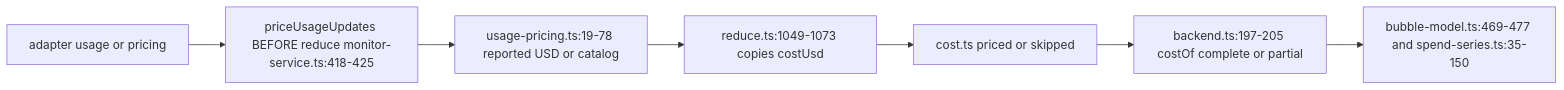
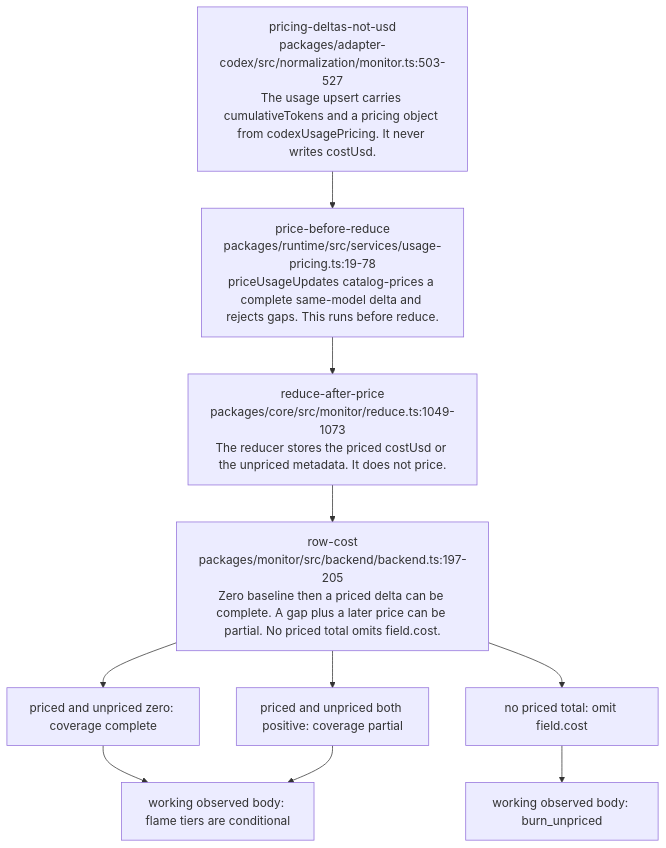
Before and after one commit to vibefield/puppeteer: the diagram in audit/godview/evidence/codex/cost.series.stepMs.mmd, drawn with Mermaid. The commit also changed 746 other files, not shown here.

First line of the commit message:
Apply adapter-specific UI reachability to first-half monitor traces.

```diff
--- a/audit/godview/evidence/codex/cost.series.stepMs.mmd
+++ b/audit/godview/evidence/codex/cost.series.stepMs.mmd
@@ -1,10 +1,17 @@
-%% graph_ref: path.usage
-%% shared_map: 07e71c9bcb9532fc181e3f667f2d0ed2e7c9afaf
+%% field: field.cost.series.stepMs
+%% adapter: codex
 %% forensic: source-read 748d015a7e393112e0a91dad80111fdf5abe6583; not a live sample
-flowchart LR
-  raw["adapter usage or pricing"] --> price["priceUsageUpdates BEFORE reduce monitor-service.ts:418-425"]
-  price --> rules["usage-pricing.ts:19-78 reported USD or catalog"]
-  rules --> red["reduce.ts:1049-1073 copies costUsd"]
-  red --> led["cost.ts priced or skipped"]
-  led --> row["backend.ts:197-205 costOf complete or partial"]
-  row --> view["bubble-model.ts:469-477 and spend-series.ts:35-150"]
+flowchart TD
+  n0["pricing-deltas-not-usd\npackages/adapter-codex/src/normalization/monitor.ts:503-527\nThe usage upsert carries cumulativeTokens and a pricing object from codexUsagePricing. It never writes costUsd."]
+  n1["price-before-reduce\npackages/runtime/src/services/usage-pricing.ts:19-78\npriceUsageUpdates catalog-prices a complete same-model delta and rejects gaps. This runs before reduce."]
+  n0 --> n1
+  n2["reduce-after-price\npackages/core/src/monitor/reduce.ts:1049-1073\nThe reducer stores the priced costUsd or the unpriced metadata. It does not price."]
+  n1 --> n2
+  n3["row-cost\npackages/monitor/src/backend/backend.ts:197-205\nZero baseline then a priced delta can be complete. A gap plus a later price can be partial. No priced total omits field.cost."]
+  n2 --> n3
+  n3 --> complete["priced and unpriced zero: coverage complete"]
+  n3 --> partial["priced and unpriced both positive: coverage partial"]
+  n3 --> missing["no priced total: omit field.cost"]
+  complete --> flames["working observed body: flame tiers are conditional"]
+  partial --> flames
+  missing --> unpriced["working observed body: burn_unpriced"]
```
